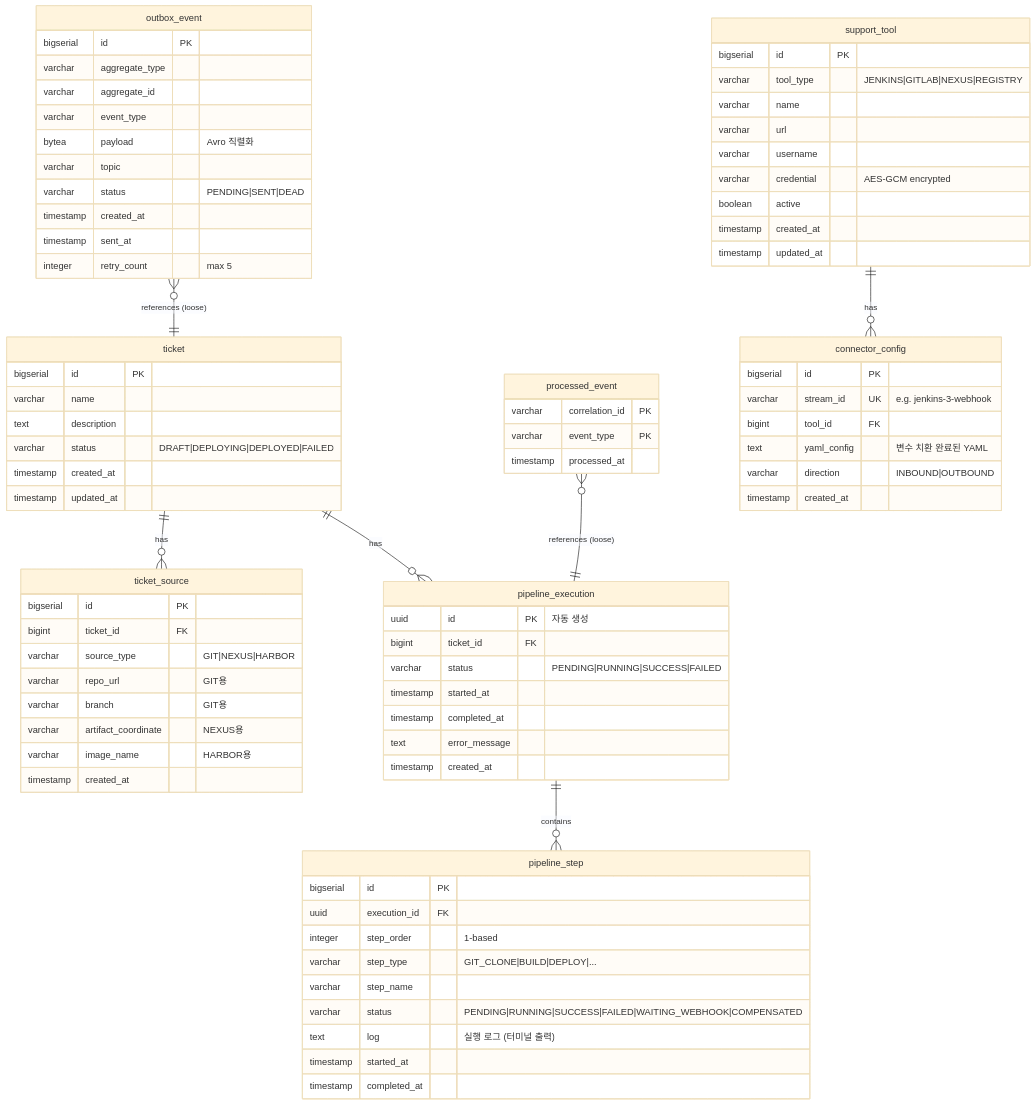
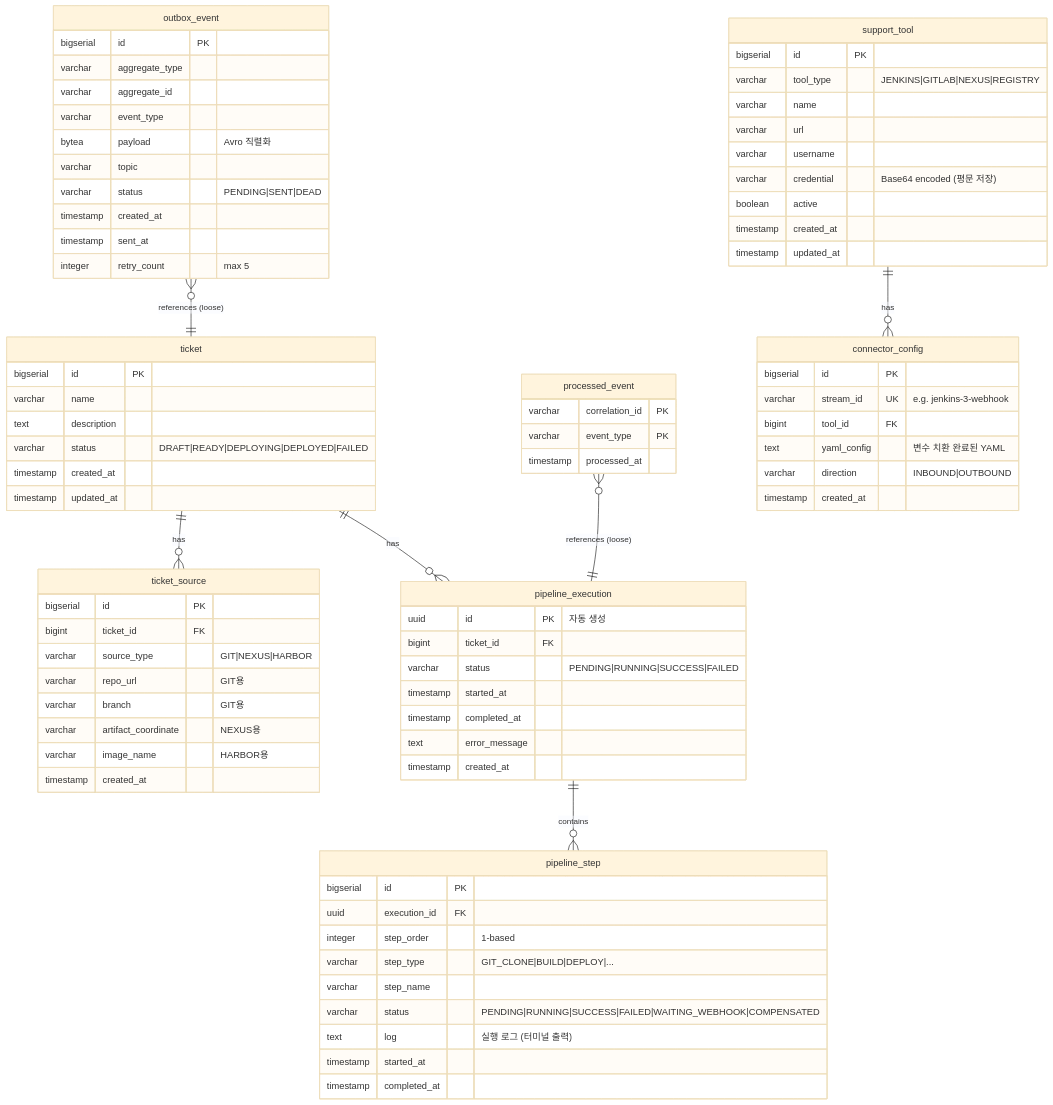
The first of 8 diagrams in docs/guide/backend-deep-dive.md (scofe97/Redpanda-PlayGround), drawn with Mermaid (base theme) before and after one commit. The commit also changed other lines of this file and 4 other files, not shown here.

```diff
--- a/docs/guide/backend-deep-dive.md
+++ b/docs/guide/backend-deep-dive.md
@@ -20,7 +20,7 @@
         bigserial id PK
         varchar name
         text description
-        varchar status "DRAFT|DEPLOYING|DEPLOYED|FAILED"
+        varchar status "DRAFT|READY|DEPLOYING|DEPLOYED|FAILED"
         timestamp created_at
         timestamp updated_at
     }
@@ -83,7 +83,7 @@
         varchar name
         varchar url
         varchar username
-        varchar credential "AES-GCM encrypted"
+        varchar credential "Base64 encoded (평문 저장)"
         boolean active
         timestamp created_at
         timestamp updated_at
```
